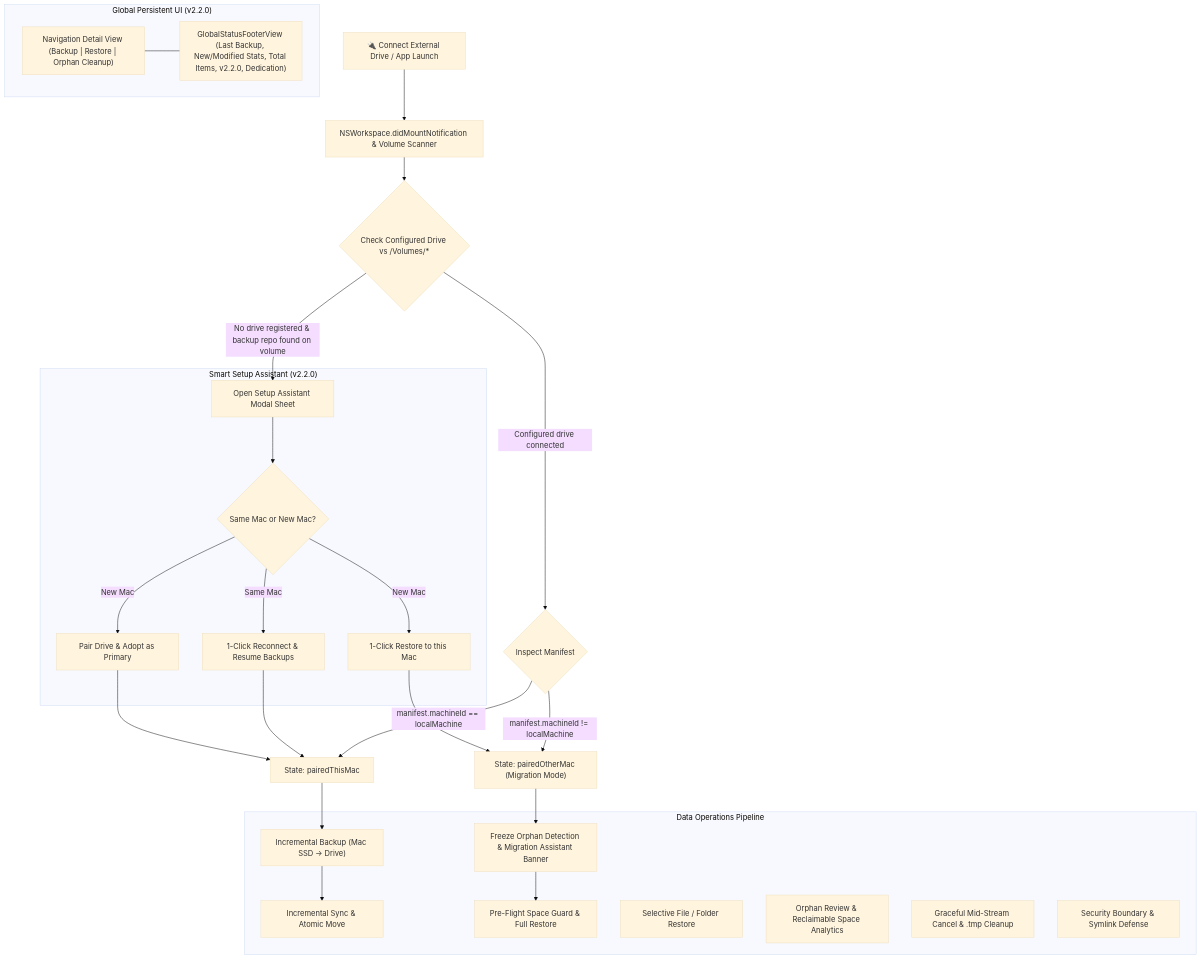
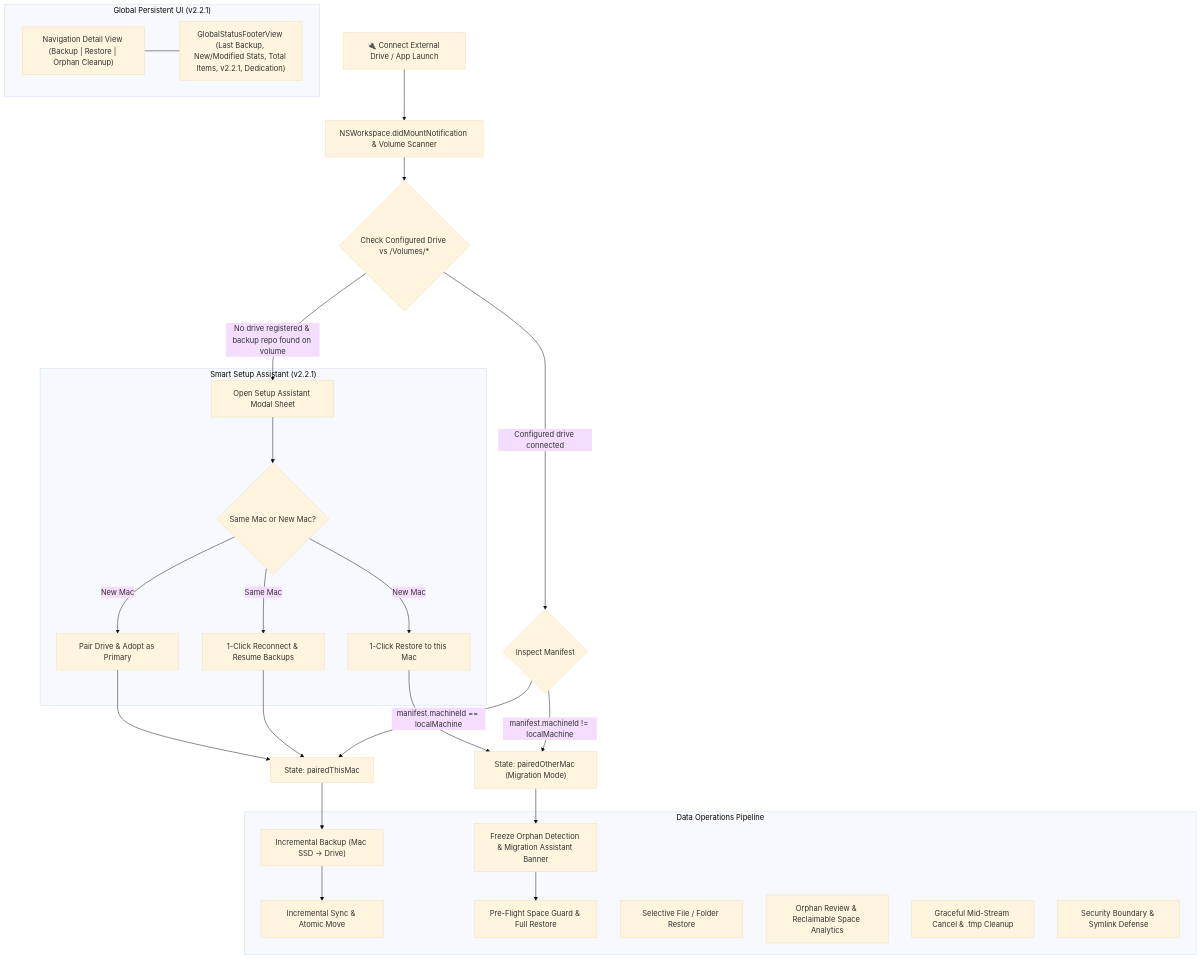
The diagram in ARCHITECTURE.md (rituparnaprof/macbackup), drawn with Mermaid (base theme) before and after one commit. The commit also changed other lines of this file and 5 other files, not shown here.

````diff
--- a/ARCHITECTURE.md
+++ b/ARCHITECTURE.md
@@ -9,40 +9,40 @@
 ```mermaid
 flowchart TD
     A["🔌 Connect External Drive / App Launch"] --> B["NSWorkspace.didMountNotification & Volume Scanner"]
     B --> C{"Check Configured Drive vs /Volumes/*"}
     
     C -- "No drive registered & backup repo found on volume" --> D["Open Setup Assistant Modal Sheet"]
     C -- "Configured drive connected" --> E{"Inspect Manifest"}
     
-    subgraph SetupAssistant ["Smart Setup Assistant (v2.2.0)"]
+    subgraph SetupAssistant ["Smart Setup Assistant (v2.2.1)"]
         D --> D1{"Same Mac or New Mac?"}
         D1 -- "Same Mac" --> D2["1-Click Reconnect & Resume Backups"]
         D1 -- "New Mac" --> D3["1-Click Restore to this Mac"]
         D1 -- "New Mac" --> D4["Pair Drive & Adopt as Primary"]
     end
     
     E -- "manifest.machineId == localMachine" --> F["State: pairedThisMac"]
     E -- "manifest.machineId != localMachine" --> G["State: pairedOtherMac (Migration Mode)"]
     
     D2 --> F
     D4 --> F
     D3 --> G
     
     F --> H["Incremental Backup (Mac SSD -> Drive)"]
     G --> I["Freeze Orphan Detection & Migration Assistant Banner"]
     
     subgraph DataOperations ["Data Operations Pipeline"]
         H --> OP1["Incremental Sync & Atomic Move"]
         I --> OP2["Pre-Flight Space Guard & Full Restore"]
         OP3["Selective File / Folder Restore"]
         OP4["Orphan Review & Reclaimable Space Analytics"]
         OP5["Graceful Mid-Stream Cancel & .tmp Cleanup"]
         OP6["Security Boundary & Symlink Defense"]
     end
     
-    subgraph GlobalUI ["Global Persistent UI (v2.2.0)"]
+    subgraph GlobalUI ["Global Persistent UI (v2.2.1)"]
         UI1["Navigation Detail View (Backup | Restore | Orphan Cleanup)"]
-        UI2["GlobalStatusFooterView (Last Backup, New/Modified Stats, Total Items, v2.2.0, Dedication)"]
+        UI2["GlobalStatusFooterView (Last Backup, New/Modified Stats, Total Items, v2.2.1, Dedication)"]
         UI1 --- UI2
     end
 ```
````
